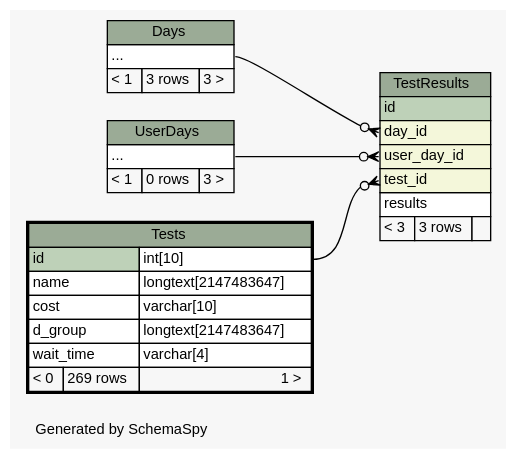
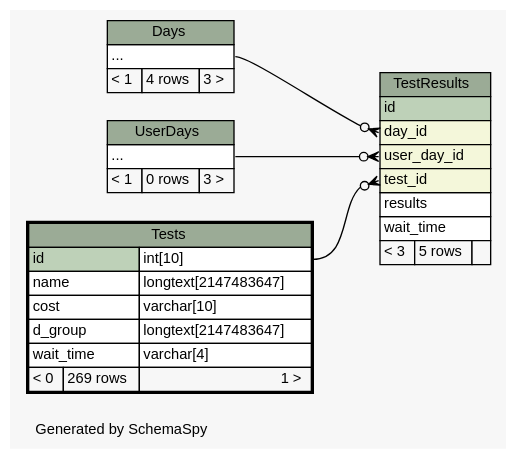
One commit to carrel2/CaseStudies changed the diagram in web/files/schema/diagrams/Tests.2degrees.dot. Above: the diagram before and after it, drawn with Graphviz. The commit also changed 256 other files, not shown here.

```diff
--- a/web/files/schema/diagrams/Tests.2degrees.dot
+++ b/web/files/schema/diagrams/Tests.2degrees.dot
@@ -1,73 +1,74 @@
-// dot 2.38.0 on Linux 4.4.0-77-generic
+// dot 2.38.0 on Linux 4.4.0-78-generic
 // SchemaSpy rev 590
 digraph "twoDegreesRelationshipsDiagram" {
   graph [
     rankdir="RL"
     bgcolor="#f7f7f7"
     label="\nGenerated by SchemaSpy"
     labeljust="l"
     nodesep="0.18"
     ranksep="0.46"
     fontname="Helvetica"
     fontsize="11"
   ];
   node [
     fontname="Helvetica"
     fontsize="11"
     shape="plaintext"
   ];
   edge [
     arrowsize="0.8"
   ];
   "TestResults":"day_id":w -> "Days":"elipses":e [arrowhead=none dir=back arrowtail=crowodot];
   "TestResults":"test_id":w -> "Tests":"id.type":e [arrowhead=none dir=back arrowtail=crowodot];
   "TestResults":"user_day_id":w -> "UserDays":"elipses":e [arrowhead=none dir=back arrowtail=crowodot];
   "Days" [
     label=<
     <TABLE BORDER="0" CELLBORDER="1" CELLSPACING="0" BGCOLOR="#ffffff">
       <TR><TD COLSPAN="3" BGCOLOR="#9bab96" ALIGN="CENTER">Days</TD></TR>
       <TR><TD PORT="elipses" COLSPAN="3" ALIGN="LEFT">...</TD></TR>
-      <TR><TD ALIGN="LEFT" BGCOLOR="#f7f7f7">&lt; 1</TD><TD ALIGN="RIGHT" BGCOLOR="#f7f7f7">3 rows</TD><TD ALIGN="RIGHT" BGCOLOR="#f7f7f7">3 &gt;</TD></TR>
+      <TR><TD ALIGN="LEFT" BGCOLOR="#f7f7f7">&lt; 1</TD><TD ALIGN="RIGHT" BGCOLOR="#f7f7f7">4 rows</TD><TD ALIGN="RIGHT" BGCOLOR="#f7f7f7">3 &gt;</TD></TR>
     </TABLE>>
     URL="Days.html"
     tooltip="Days"
   ];
   "TestResults" [
     label=<
     <TABLE BORDER="0" CELLBORDER="1" CELLSPACING="0" BGCOLOR="#ffffff">
       <TR><TD COLSPAN="3" BGCOLOR="#9bab96" ALIGN="CENTER">TestResults</TD></TR>
       <TR><TD PORT="id" COLSPAN="3" BGCOLOR="#bed1b8" ALIGN="LEFT">id</TD></TR>
       <TR><TD PORT="day_id" COLSPAN="3" BGCOLOR="#f4f7da" ALIGN="LEFT">day_id</TD></TR>
       <TR><TD PORT="user_day_id" COLSPAN="3" BGCOLOR="#f4f7da" ALIGN="LEFT">user_day_id</TD></TR>
       <TR><TD PORT="test_id" COLSPAN="3" BGCOLOR="#f4f7da" ALIGN="LEFT">test_id</TD></TR>
       <TR><TD PORT="results" COLSPAN="3" ALIGN="LEFT">results</TD></TR>
-      <TR><TD ALIGN="LEFT" BGCOLOR="#f7f7f7">&lt; 3</TD><TD ALIGN="RIGHT" BGCOLOR="#f7f7f7">3 rows</TD><TD ALIGN="RIGHT" BGCOLOR="#f7f7f7">  </TD></TR>
+      <TR><TD PORT="wait_time" COLSPAN="3" ALIGN="LEFT">wait_time</TD></TR>
+      <TR><TD ALIGN="LEFT" BGCOLOR="#f7f7f7">&lt; 3</TD><TD ALIGN="RIGHT" BGCOLOR="#f7f7f7">5 rows</TD><TD ALIGN="RIGHT" BGCOLOR="#f7f7f7">  </TD></TR>
     </TABLE>>
     URL="TestResults.html"
     tooltip="TestResults"
   ];
   "Tests" [
     label=<
     <TABLE BORDER="2" CELLBORDER="1" CELLSPACING="0" BGCOLOR="#ffffff">
       <TR><TD COLSPAN="3" BGCOLOR="#9bab96" ALIGN="CENTER">Tests</TD></TR>
       <TR><TD PORT="id" COLSPAN="2" BGCOLOR="#bed1b8" ALIGN="LEFT">id</TD><TD PORT="id.type" ALIGN="LEFT">int[10]</TD></TR>
       <TR><TD PORT="name" COLSPAN="2" ALIGN="LEFT">name</TD><TD PORT="name.type" ALIGN="LEFT">longtext[2147483647]</TD></TR>
       <TR><TD PORT="cost" COLSPAN="2" ALIGN="LEFT">cost</TD><TD PORT="cost.type" ALIGN="LEFT">varchar[10]</TD></TR>
       <TR><TD PORT="d_group" COLSPAN="2" ALIGN="LEFT">d_group</TD><TD PORT="d_group.type" ALIGN="LEFT">longtext[2147483647]</TD></TR>
       <TR><TD PORT="wait_time" COLSPAN="2" ALIGN="LEFT">wait_time</TD><TD PORT="wait_time.type" ALIGN="LEFT">varchar[4]</TD></TR>
       <TR><TD ALIGN="LEFT" BGCOLOR="#f7f7f7">&lt; 0</TD><TD ALIGN="RIGHT" BGCOLOR="#f7f7f7">269 rows</TD><TD ALIGN="RIGHT" BGCOLOR="#f7f7f7">1 &gt;</TD></TR>
     </TABLE>>
     URL="Tests.html"
     tooltip="Tests"
   ];
   "UserDays" [
     label=<
     <TABLE BORDER="0" CELLBORDER="1" CELLSPACING="0" BGCOLOR="#ffffff">
       <TR><TD COLSPAN="3" BGCOLOR="#9bab96" ALIGN="CENTER">UserDays</TD></TR>
       <TR><TD PORT="elipses" COLSPAN="3" ALIGN="LEFT">...</TD></TR>
       <TR><TD ALIGN="LEFT" BGCOLOR="#f7f7f7">&lt; 1</TD><TD ALIGN="RIGHT" BGCOLOR="#f7f7f7">0 rows</TD><TD ALIGN="RIGHT" BGCOLOR="#f7f7f7">3 &gt;</TD></TR>
     </TABLE>>
     URL="UserDays.html"
     tooltip="UserDays"
   ];
 }
```
